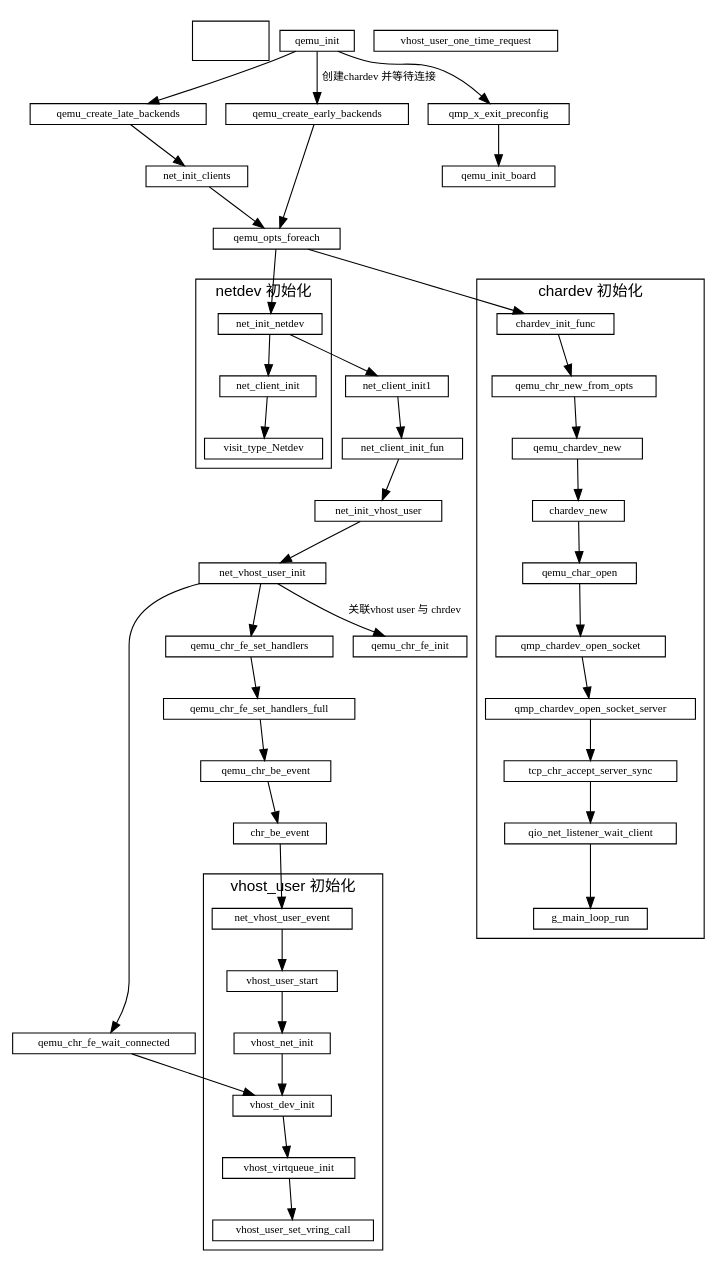
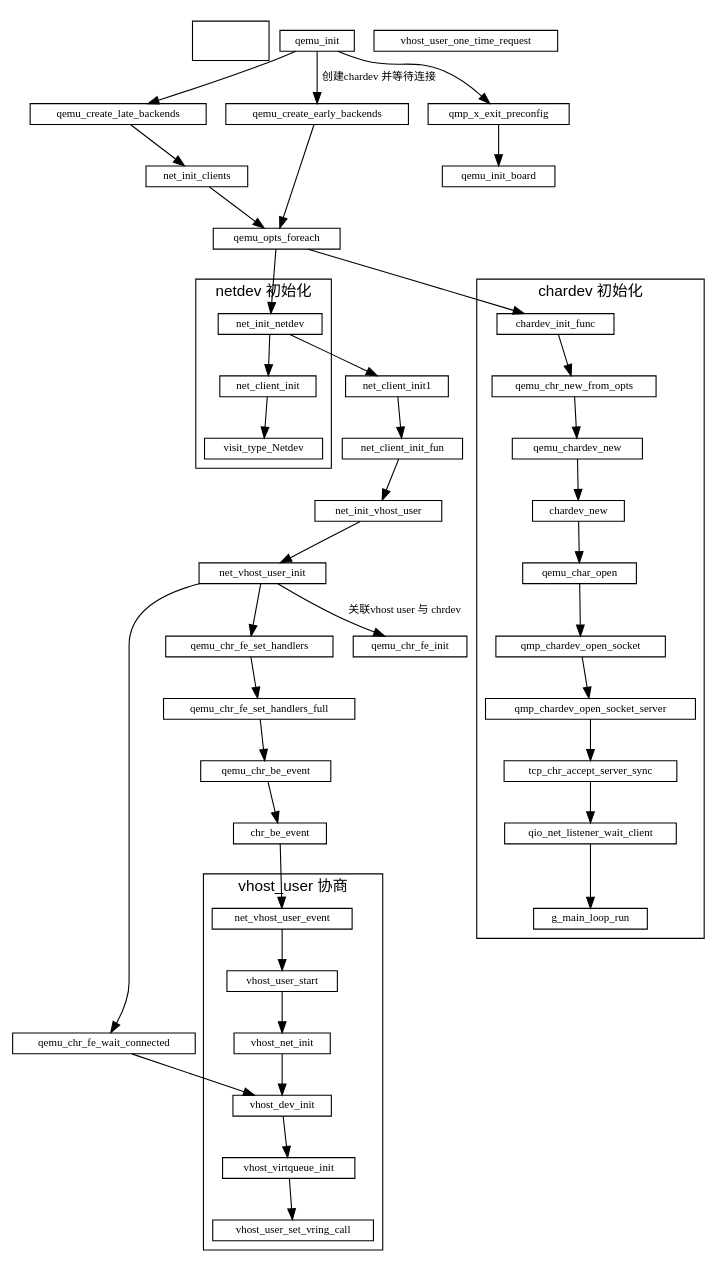
Before and after one commit to sisyphus1212/note: the diagram in qemu/qemu初始化.md, drawn with Graphviz.

Commit message:
auto_update

````diff
--- a/qemu/qemu初始化.md
+++ b/qemu/qemu初始化.md
@@ -11,78 +11,78 @@
 ```graphviz
 digraph {
     fontname="Helvetica,Arial,sans-serif"
     //node [fontname="Helvetica,Arial,sans-serif"]
     //edge [fontname="Helvetica,Arial,sans-serif"]
     //rankdir="LR"
     node [fontsize=10, shape=record, height=0.25]
     edge [fontsize=10]
 
     subgraph  {
         cluster=true
         fd  [style = invis]
     }
 
     qemu_init -> qemu_create_late_backends
               -> net_init_clients
               -> qemu_opts_foreach
               -> net_init_netdev
               -> net_client_init1
               -> net_client_init_fun
               -> net_init_vhost_user
               -> net_vhost_user_init
               -> qemu_chr_fe_wait_connected
               -> vhost_dev_init
     qemu_init -> qemu_create_early_backends[label="创建chardev 并等待连接"]
                  qemu_create_early_backends -> qemu_opts_foreach
                                             -> chardev_init_func
 
     subgraph netdev_init {
         label="netdev 初始化";
         cluster=true;
         net_init_netdev
         -> net_client_init
         -> visit_type_Netdev
     }
 
     subgraph chardev_init {
         label="chardev 初始化";
         cluster=true;
         chardev_init_func
             -> qemu_chr_new_from_opts
             -> qemu_chardev_new
             -> chardev_new
             -> qemu_char_open
             -> qmp_chardev_open_socket
             -> qmp_chardev_open_socket_server
             -> tcp_chr_accept_server_sync
             -> qio_net_listener_wait_client
             -> g_main_loop_run
     }
 
     subgraph vhost_user_init {
-        label="vhost_user 初始化";
+        label="vhost_user 协商";
         cluster=true;
         net_vhost_user_event -> vhost_user_start
                              -> vhost_net_init
                              -> vhost_dev_init
                              -> vhost_virtqueue_init
                              -> vhost_user_set_vring_call
     }
     net_vhost_user_init -> qemu_chr_fe_set_handlers
                         -> qemu_chr_fe_set_handlers_full
                         -> qemu_chr_be_event
                         -> chr_be_event
                         -> net_vhost_user_event
 
 
     net_vhost_user_init -> qemu_chr_fe_init[label="关联vhost user 与 chrdev"]
 
     qemu_init -> qmp_x_exit_preconfig -> qemu_init_board // 初始化cpu 内存
 
     vhost_dev_init
 
     net_vhost_user_event
 
     vhost_user_one_time_request
 }
 ```
````
